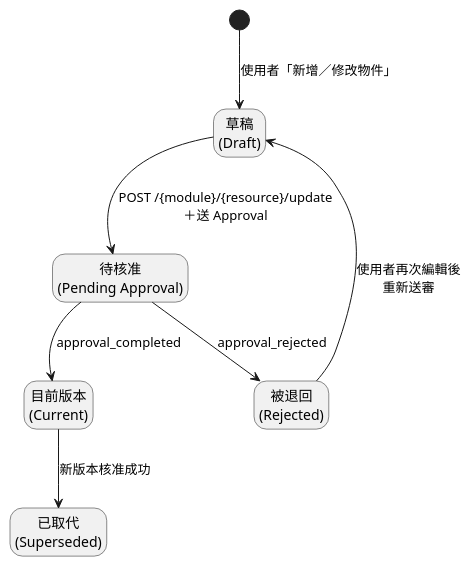
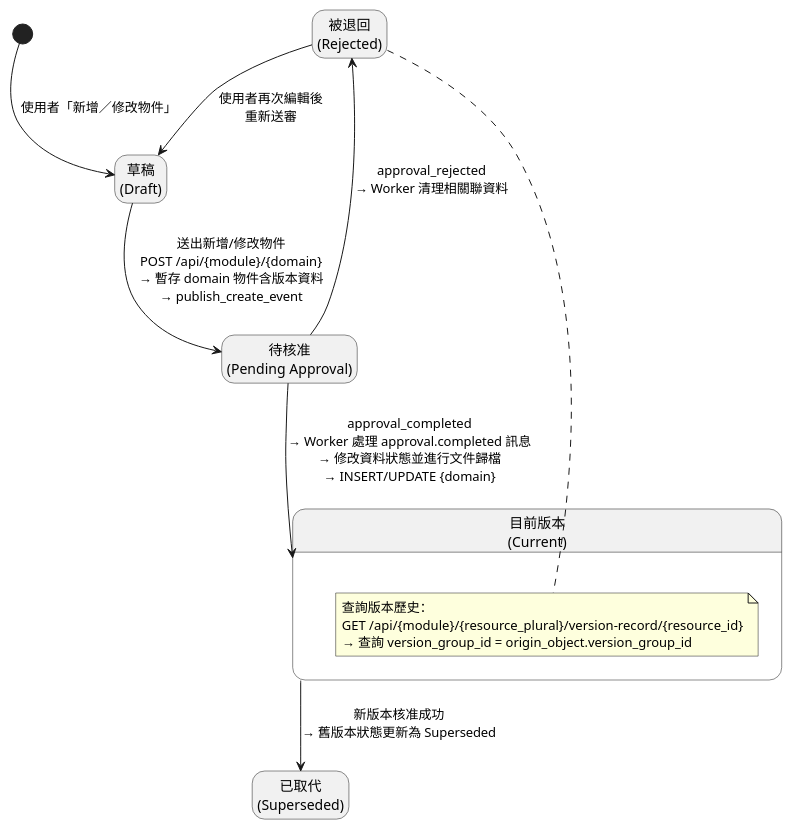
The diagram in plantUML/state/version_manage.puml (walle45611/NTUB_SecuManag_Diagram), drawn with PlantUML before and after one commit. The commit also changed 12 other files, not shown here.

First line of the commit message:
refactor: modify update ch07 diagram (#75)

```diff
--- a/plantUML/state/version_manage.puml
+++ b/plantUML/state/version_manage.puml
@@ -1,21 +1,27 @@
 @startuml
 
 hide empty description
 
 [*] --> Draft : 使用者「新增／修改物件」
 state "草稿\n(Draft)" as Draft <<draft>>
 
-Draft --> PendingApproval : POST /{module}/{resource}/update\n＋送 Approval
+Draft --> PendingApproval : 送出新增/修改物件\nPOST /api/{module}/{domain}\n→ 暫存 domain 物件含版本資料\n→ publish_create_event
 state "待核准\n(Pending Approval)" as PendingApproval <<approval>>
 
-PendingApproval --> Current  : approval_completed
-PendingApproval --> Rejected : approval_rejected
+PendingApproval --> Current  : approval_completed\n→ Worker 處理 approval.completed 訊息\n→ 修改資料狀態並進行文件歸檔\n→ INSERT/UPDATE {domain}
+PendingApproval --> Rejected : approval_rejected\n→ Worker 清理相關聯資料
 state "被退回\n(Rejected)" as Rejected <<error>>
 Rejected --> Draft : 使用者再次編輯後\n重新送審
 
-state "目前版本\n(Current)" as Current <<current>>
+state "目前版本\n(Current)" as Current <<current>> {
+  note right
+    查詢版本歷史：
+    GET /api/{module}/{resource_plural}/version-record/{resource_id}
+    → 查詢 version_group_id = origin_object.version_group_id
+  end note
+}
 
-Current --> Superseded : 新版本核准成功
+Current --> Superseded : 新版本核准成功\n→ 舊版本狀態更新為 Superseded
 state "已取代\n(Superseded)" as Superseded <<terminal>>
 
 @enduml
```
